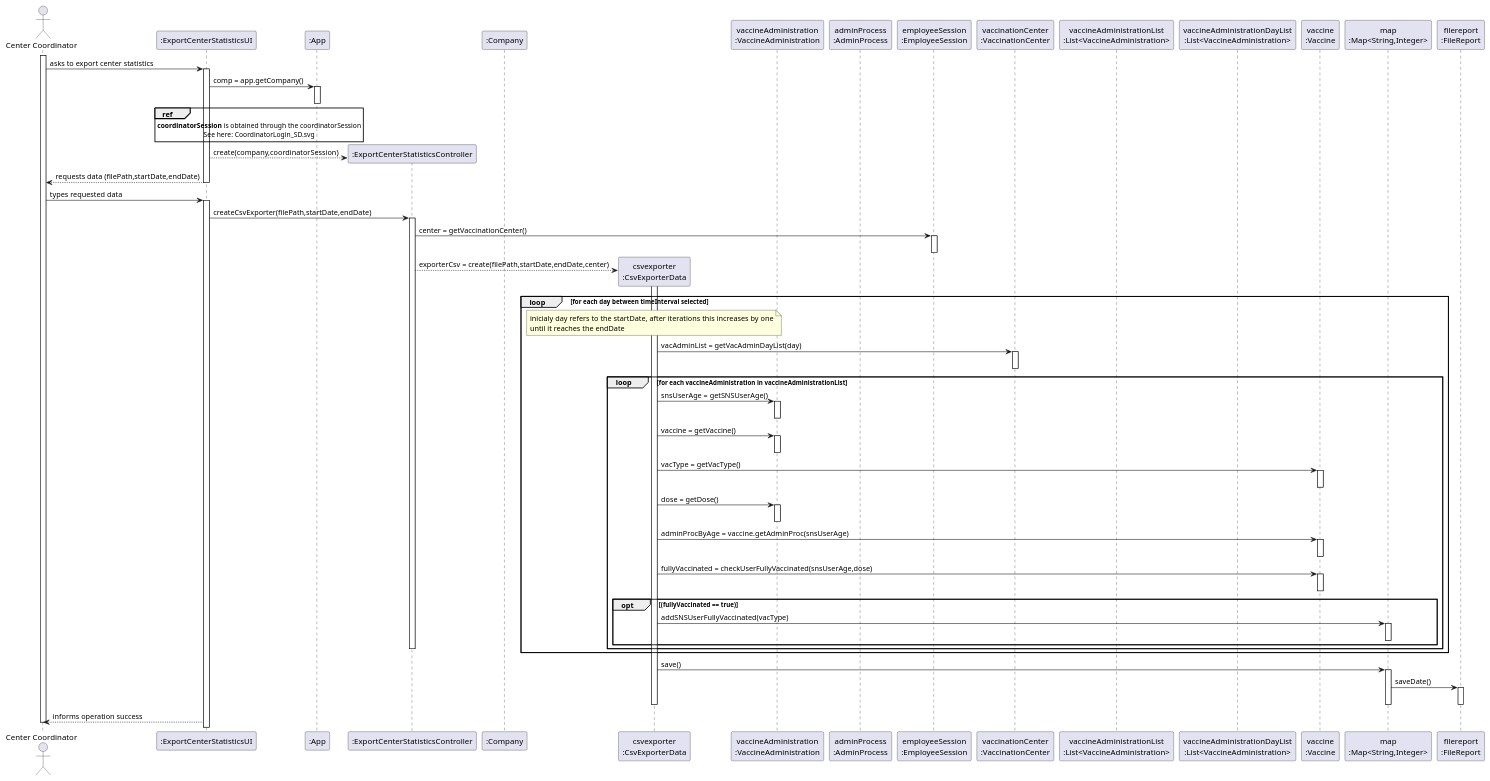
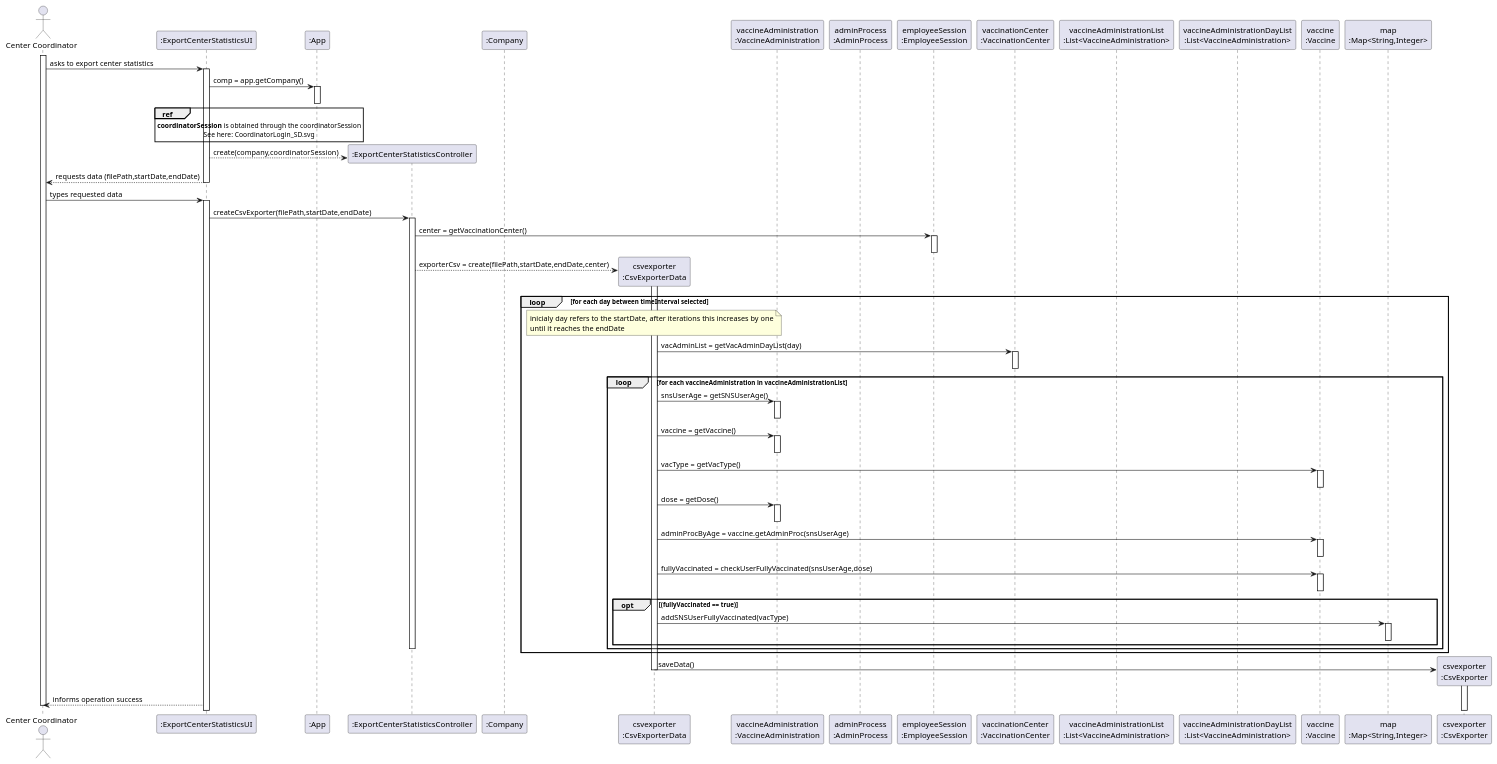
The diagram in docs/SprintD/US15/SD/US15_SD.puml (miseEnPlace-i/lapr2), drawn with PlantUML before and after one commit. The commit also changed 2 other files, not shown here.

Commit message:
docs(US15): updated SD (changed class FileReport), added CsvExporter file, added CsvExporterData file

```diff
--- a/docs/SprintD/US15/SD/US15_SD.puml
+++ b/docs/SprintD/US15/SD/US15_SD.puml
@@ -1,111 +1,107 @@
 @startuml US15_SD
 
 actor "Center Coordinator" as COORDINATOR
 
 participant ":ExportCenterStatisticsUI" as UI
 participant ":App" as APP
 participant ":ExportCenterStatisticsController" as CTRL
 participant ":Company" as COMP
-participant "csvexporter\n:CsvExporterData" as EXPORTER
+participant "csvexporter\n:CsvExporterData" as EXPORTERDATA
 participant "vaccineAdministration\n:VaccineAdministration" as VACADMIN
 participant "adminProcess\n:AdminProcess" as ADMINPROC
 participant "employeeSession\n:EmployeeSession" as EMPLOYEESESSION
 participant "vaccinationCenter\n:VaccinationCenter" as CENTER
 participant "vaccineAdministrationList\n:List<VaccineAdministration>" as VACADMINLIST
 participant "vaccineAdministrationDayList\n:List<VaccineAdministration>" as VACDAYLIST
 participant "vaccine\n:Vaccine" as VACCINE
 participant "map\n:Map<String,Integer>" as MAP
-participant "filereport\n:FileReport" as FILEREPORT
+participant "csvexporter\n:CsvExporter" as CSVEXPORTER
 
 activate COORDINATOR
 COORDINATOR -> UI : asks to export center statistics
 activate UI
 
 UI -> APP : comp = app.getCompany()
 activate APP
 deactivate APP
 
 ref over UI 
 **coordinatorSession** is obtained through the coordinatorSession
 See here: CoordinatorLogin_SD.svg
 end ref
 
 UI --> CTRL** : create(company,coordinatorSession)
 
 UI --> COORDINATOR : requests data (filePath,startDate,endDate)
 deactivate UI
 
 COORDINATOR -> UI : types requested data
 activate UI
 
 UI -> CTRL : createCsvExporter(filePath,startDate,endDate)
 activate CTRL
 
 CTRL -> EMPLOYEESESSION : center = getVaccinationCenter()
 activate EMPLOYEESESSION
 deactivate EMPLOYEESESSION
 
-CTRL --> EXPORTER** : exporterCsv = create(filePath,startDate,endDate,center)
+CTRL --> EXPORTERDATA** : exporterCsv = create(filePath,startDate,endDate,center)
 
 loop for each day between timeInterval selected
-note over EXPORTER
+note over EXPORTERDATA
 inicialy day refers to the startDate, after iterations this increases by one
 until it reaches the endDate
 end note
 
-activate EXPORTER
+activate EXPORTERDATA
 
-EXPORTER -> CENTER : vacAdminList = getVacAdminDayList(day)
+EXPORTERDATA -> CENTER : vacAdminList = getVacAdminDayList(day)
 activate CENTER
 deactivate CENTER
 
 loop for each vaccineAdministration in vaccineAdministrationList
 
-EXPORTER -> VACADMIN :  snsUserAge = getSNSUserAge()
+EXPORTERDATA -> VACADMIN :  snsUserAge = getSNSUserAge()
 activate VACADMIN
 deactivate VACADMIN
 
-EXPORTER -> VACADMIN : vaccine = getVaccine()
+EXPORTERDATA -> VACADMIN : vaccine = getVaccine()
 activate VACADMIN
 deactivate VACADMIN
 
-EXPORTER -> VACCINE : vacType = getVacType()
+EXPORTERDATA -> VACCINE : vacType = getVacType()
 activate VACCINE
 deactivate VACCINE
 
-EXPORTER -> VACADMIN : dose = getDose()
+EXPORTERDATA -> VACADMIN : dose = getDose()
 activate VACADMIN
 deactivate VACADMIN
 
-EXPORTER -> VACCINE : adminProcByAge = vaccine.getAdminProc(snsUserAge)
+EXPORTERDATA -> VACCINE : adminProcByAge = vaccine.getAdminProc(snsUserAge)
 activate VACCINE
 deactivate VACCINE
 
-EXPORTER -> VACCINE : fullyVaccinated = checkUserFullyVaccinated(snsUserAge,dose)
+EXPORTERDATA -> VACCINE : fullyVaccinated = checkUserFullyVaccinated(snsUserAge,dose)
 activate VACCINE
 deactivate VACCINE
 
 opt (fullyVaccinated == true) 
-EXPORTER -> MAP : addSNSUserFullyVaccinated(vacType)
+EXPORTERDATA -> MAP : addSNSUserFullyVaccinated(vacType)
 activate MAP
 deactivate MAP
 end
 
 deactivate CTRL
 end
 end
 
-EXPORTER -> MAP : save()
-activate MAP
-
-MAP -> FILEREPORT : saveDate()
-activate FILEREPORT
-deactivate FILEREPORT
-deactivate MAP
-deactivate EXPORTER
+EXPORTERDATA -> CSVEXPORTER** : saveData()
+activate CSVEXPORTER
+deactivate CSVEXPORTER
+deactivate EXPORTERDATA
 
 UI --> COORDINATOR : informs operation success
 
 deactivate COORDINATOR 
 
 @enduml
```
